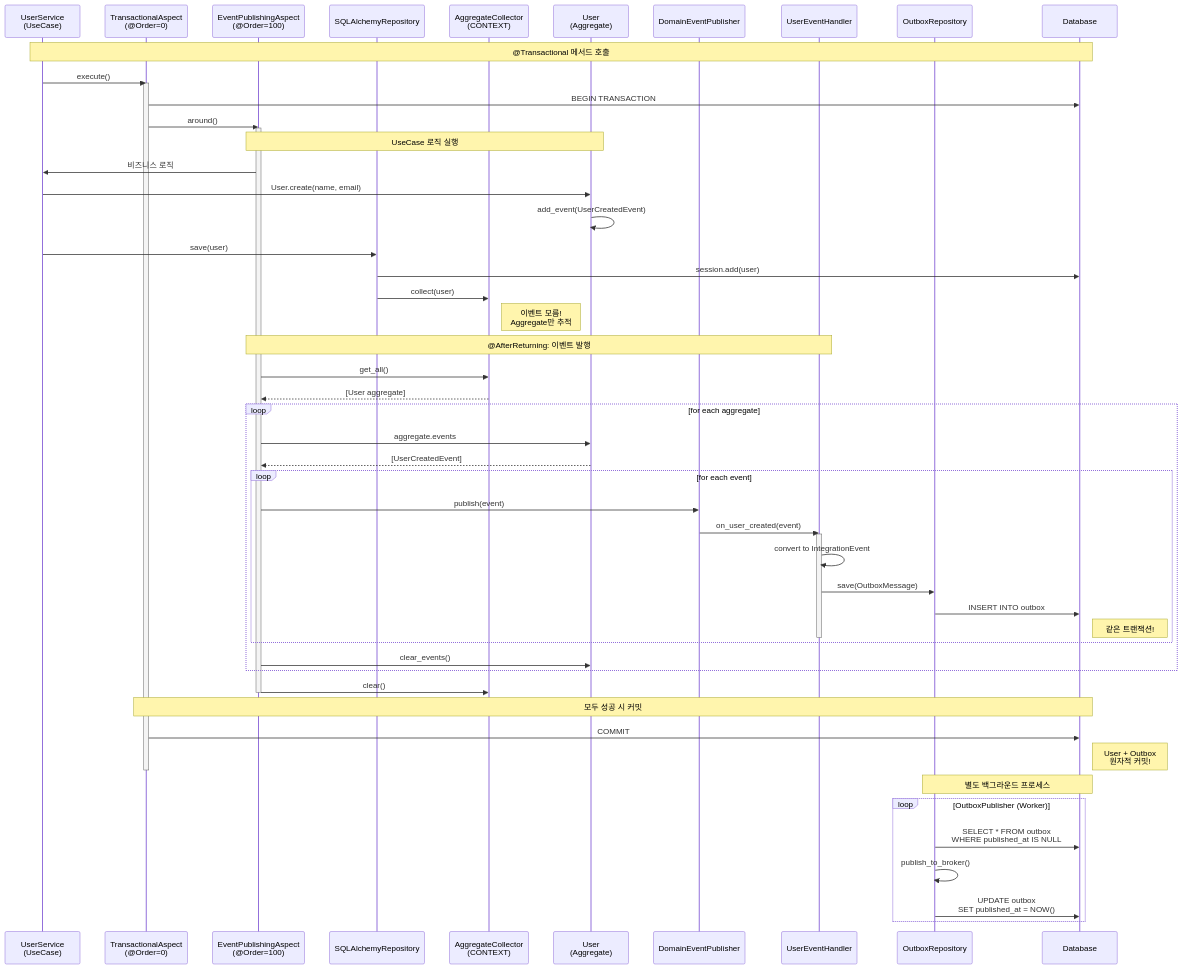
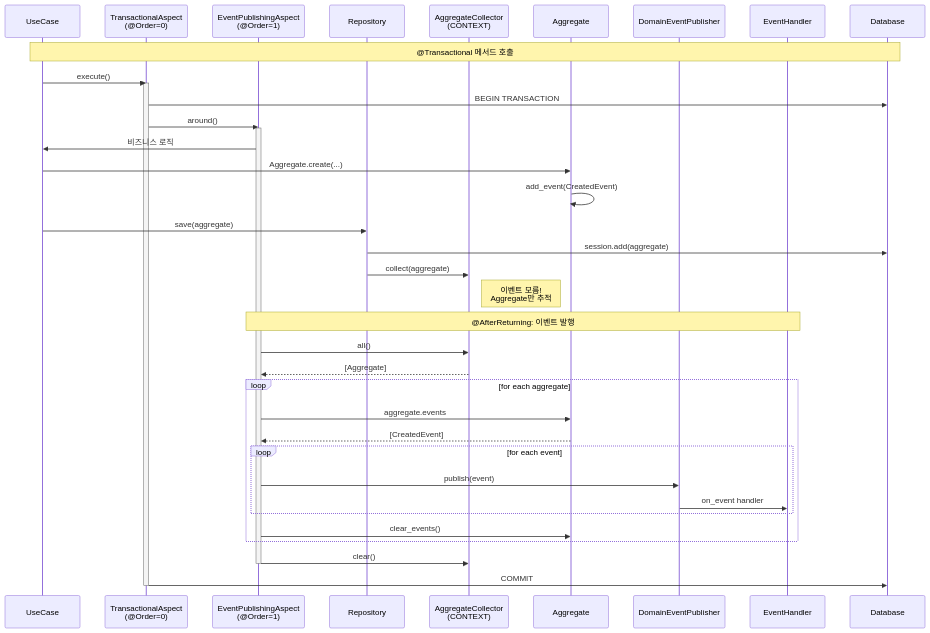
Before and after one commit to E5presso/spakky-framework: the second of 2 diagrams in ARCHITECTURE.md, drawn with Mermaid. The commit also changed other lines of this file and 11 other files, not shown here.

````diff
--- a/ARCHITECTURE.md
+++ b/ARCHITECTURE.md
@@ -188,73 +545,51 @@
 ```mermaid
 sequenceDiagram
-    participant S as UserService<br/>(UseCase)
+    participant S as UseCase
     participant TA as TransactionalAspect<br/>(@Order=0)
-    participant EA as EventPublishingAspect<br/>(@Order=100)
-    participant R as SQLAlchemyRepository
+    participant EA as EventPublishingAspect<br/>(@Order=1)
+    participant R as Repository
     participant C as AggregateCollector<br/>(CONTEXT)
-    participant A as User<br/>(Aggregate)
+    participant A as Aggregate
     participant P as DomainEventPublisher
-    participant H as UserEventHandler
-    participant O as OutboxRepository
+    participant H as EventHandler
     participant DB as Database
 
     Note over S,DB: @Transactional 메서드 호출
 
     S->>TA: execute()
     activate TA
     TA->>DB: BEGIN TRANSACTION
 
     TA->>EA: around()
     activate EA
 
-    Note over EA,A: UseCase 로직 실행
+    EA->>S: 비즈니스 로직
+    S->>A: Aggregate.create(...)
+    A->>A: add_event(CreatedEvent)
 
-    EA->>S: 비즈니스 로직
-    S->>A: User.create(name, email)
-    A->>A: add_event(UserCreatedEvent)
-
-    S->>R: save(user)
-    R->>DB: session.add(user)
-    R->>C: collect(user)
+    S->>R: save(aggregate)
+    R->>DB: session.add(aggregate)
+    R->>C: collect(aggregate)
     Note right of C: 이벤트 모름!<br/>Aggregate만 추적
 
     Note over EA,H: @AfterReturning: 이벤트 발행
 
-    EA->>C: get_all()
-    C-->>EA: [User aggregate]
+    EA->>C: all()
+    C-->>EA: [Aggregate]
 
     loop for each aggregate
         EA->>A: aggregate.events
-        A-->>EA: [UserCreatedEvent]
-
+        A-->>EA: [CreatedEvent]
         loop for each event
             EA->>P: publish(event)
-            P->>H: on_user_created(event)
-            activate H
-            H->>H: convert to IntegrationEvent
-            H->>O: save(OutboxMessage)
-            O->>DB: INSERT INTO outbox
-            Note right of DB: 같은 트랜잭션!
-            deactivate H
+            P->>H: on_event handler
         end
-
         EA->>A: clear_events()
     end
 
     EA->>C: clear()
     deactivate EA
 
-    Note over TA,DB: 모두 성공 시 커밋
-
     TA->>DB: COMMIT
-    Note right of DB: User + Outbox<br/>원자적 커밋!
     deactivate TA
-
-    Note over O,DB: 별도 백그라운드 프로세스
-
-    loop OutboxPublisher (Worker)
-        O->>DB: SELECT * FROM outbox<br/>WHERE published_at IS NULL
-        O->>O: publish_to_broker()
-        O->>DB: UPDATE outbox<br/>SET published_at = NOW()
-    end
 ```
````
